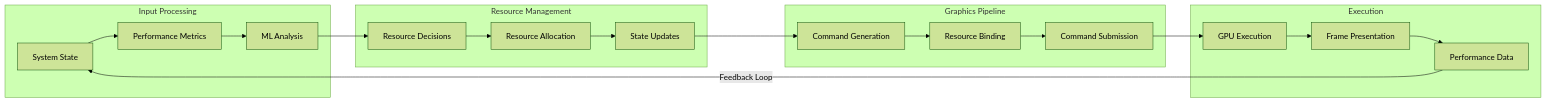
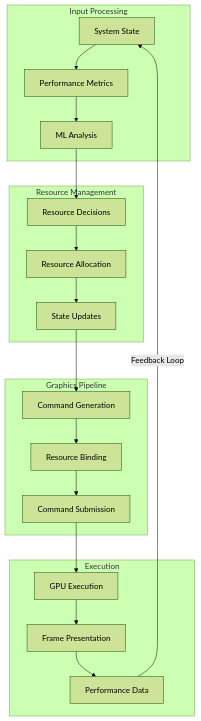
One commit to ariargenta/yashima-engine changed the fourth of 8 diagrams in docs/design/technical-design.md. Above: the diagram before and after it, drawn with Mermaid (forest theme).

Commit message:
fix: diagram orientation

````diff
--- a/docs/design/technical-design.md
+++ b/docs/design/technical-design.md
@@ -843,27 +843,27 @@
 ```mermaid
-graph LR
+graph TD
     subgraph "Input Processing"
         A[System State] --> B[Performance Metrics]
         B --> C[ML Analysis]
     end
 
     subgraph "Resource Management"
         C --> D[Resource Decisions]
         D --> E[Resource Allocation]
         E --> F[State Updates]
     end
 
     subgraph "Graphics Pipeline"
         F --> G[Command Generation]
         G --> H[Resource Binding]
         H --> I[Command Submission]
     end
 
     subgraph "Execution"
         I --> J[GPU Execution]
         J --> K[Frame Presentation]
         K --> L[Performance Data]
     end
 
     L -->|Feedback Loop| A
 ```
````
